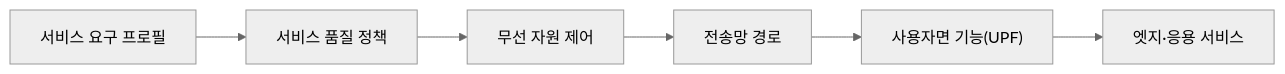
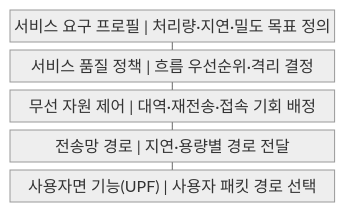
Before and after one commit to agnusdei1207/knowledge-base: the first of 2 diagrams in src/content/docs/notes/04-network/036_5g_core_technologies.md, drawn with Mermaid (neutral theme). The commit also changed other lines of this file and 20 other files, not shown here.

````diff
--- a/src/content/docs/notes/04-network/036_5g_core_technologies.md
+++ b/src/content/docs/notes/04-network/036_5g_core_technologies.md
@@ -50,8 +50,13 @@
 ```mermaid
-flowchart LR
-  P["서비스 요구 프로필"] --> Q["서비스 품질 정책"]
-  Q --> R["무선 자원 제어"]
-  R --> T["전송망 경로"]
-  T --> U["사용자면 기능(UPF)"]
-  U --> E["엣지·응용 서비스"]
+block
+    columns 1
+    A["서비스 요구 프로필 | 처리량·지연·밀도 목표 정의"]
+    B["서비스 품질 정책 | 흐름 우선순위·격리 결정"]
+    C["무선 자원 제어 | 대역·재전송·접속 기회 배정"]
+    D["전송망 경로 | 지연·용량별 경로 전달"]
+    E["사용자면 기능(UPF) | 사용자 패킷 경로 선택"]
+    A --- B
+    B --- C
+    C --- D
+    D --- E
 ```
````
